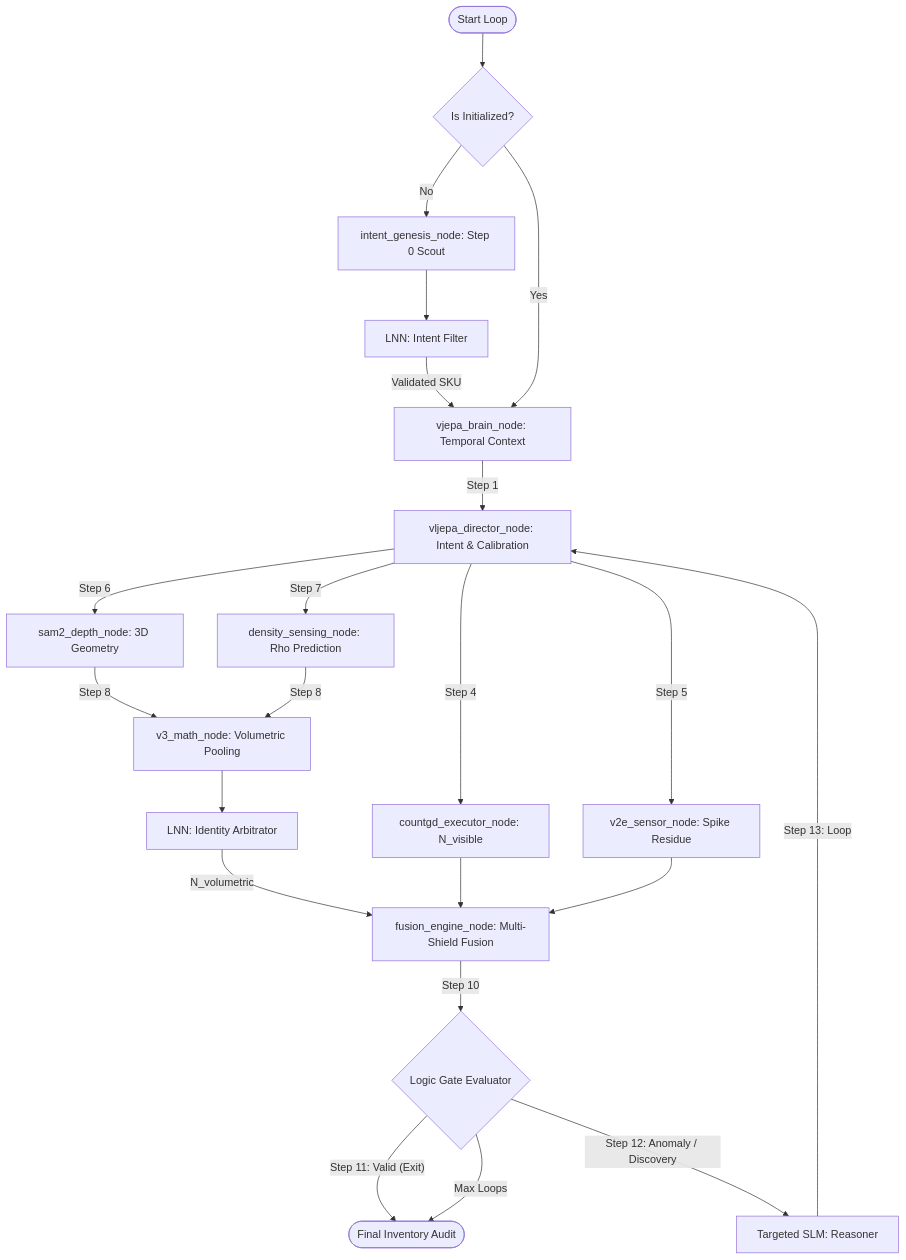
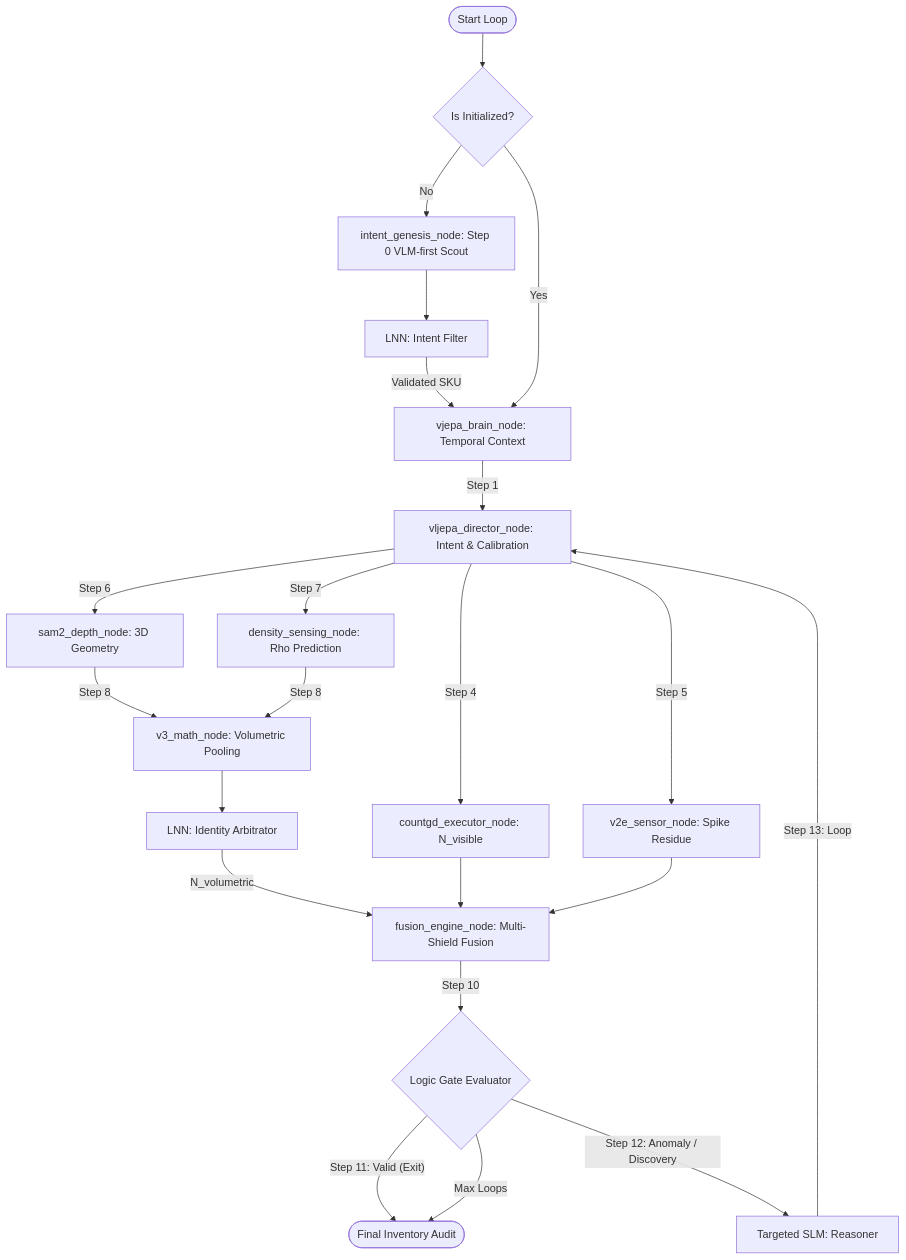
The diagram in Flow_Chart.md (Yonnnnnnnnn/numeri-vjepa-experiment), drawn with Mermaid before and after one commit. The commit also changed 7 other files, not shown here.

First line of the commit message:
feat: implement VLM-first Intent Genesis (V3.9) and Identity Sovereignty (DINOv2 x V-JEPA)

````diff
--- a/Flow_Chart.md
+++ b/Flow_Chart.md
@@ -24,35 +24,35 @@
 ```mermaid
 flowchart TD
     %% Phase 0: Semantic Setup
     Start([Start Loop]) --> check_init{Is Initialized?}
-    check_init -- "No" --> intent_genesis_node[intent_genesis_node: Step 0 Scout]
+    check_init -- "No" --> intent_genesis_node[intent_genesis_node: Step 0 VLM-first Scout]
     intent_genesis_node --> lnn_intent_filter[LNN: Intent Filter]
     lnn_intent_filter -- "Validated SKU" --> vjepa_brain_node
 
     check_init -- "Yes" --> vjepa_brain_node
 
     vjepa_brain_node[vjepa_brain_node: Temporal Context] -- "Step 1" --> vljepa_director_node[vljepa_director_node: Intent & Calibration]
 
     %% Phase 1: Orbit
     vljepa_director_node -- "Step 4" --> countgd_executor_node[countgd_executor_node: N_visible]
     vljepa_director_node -- "Step 5" --> v2e_sensor_node[v2e_sensor_node: Spike Residue]
     vljepa_director_node -- "Step 6" --> sam2_depth_node[sam2_depth_node: 3D Geometry]
     vljepa_director_node -- "Step 7" --> density_sensing_node[density_sensing_node: Rho Prediction]
 
     %% Phase 2: Audit
     sam2_depth_node & density_sensing_node -- "Step 8" --> v3_math_node[v3_math_node: Volumetric Pooling]
     v3_math_node --> lnn_identity_arbitrator[LNN: Identity Arbitrator]
     lnn_identity_arbitrator -- "N_volumetric" --> fusion_engine_node[fusion_engine_node: Multi-Shield Fusion]
     countgd_executor_node & v2e_sensor_node --> fusion_engine_node
 
     %% Phase 3: Reconciliation
     fusion_engine_node -- "Step 10" --> logic_gate_node{Logic Gate Evaluator}
 
     logic_gate_node -- "Step 11: Valid (Exit)" --> End([Final Inventory Audit])
 
     logic_gate_node -- "Step 12: Anomaly / Discovery" --> targeted_slm_node[Targeted SLM: Reasoner]
     targeted_slm_node -- "Step 13: Loop" --> vljepa_director_node
 
     %% Failsafe
     logic_gate_node -- "Max Loops" --> End
 ```
````
